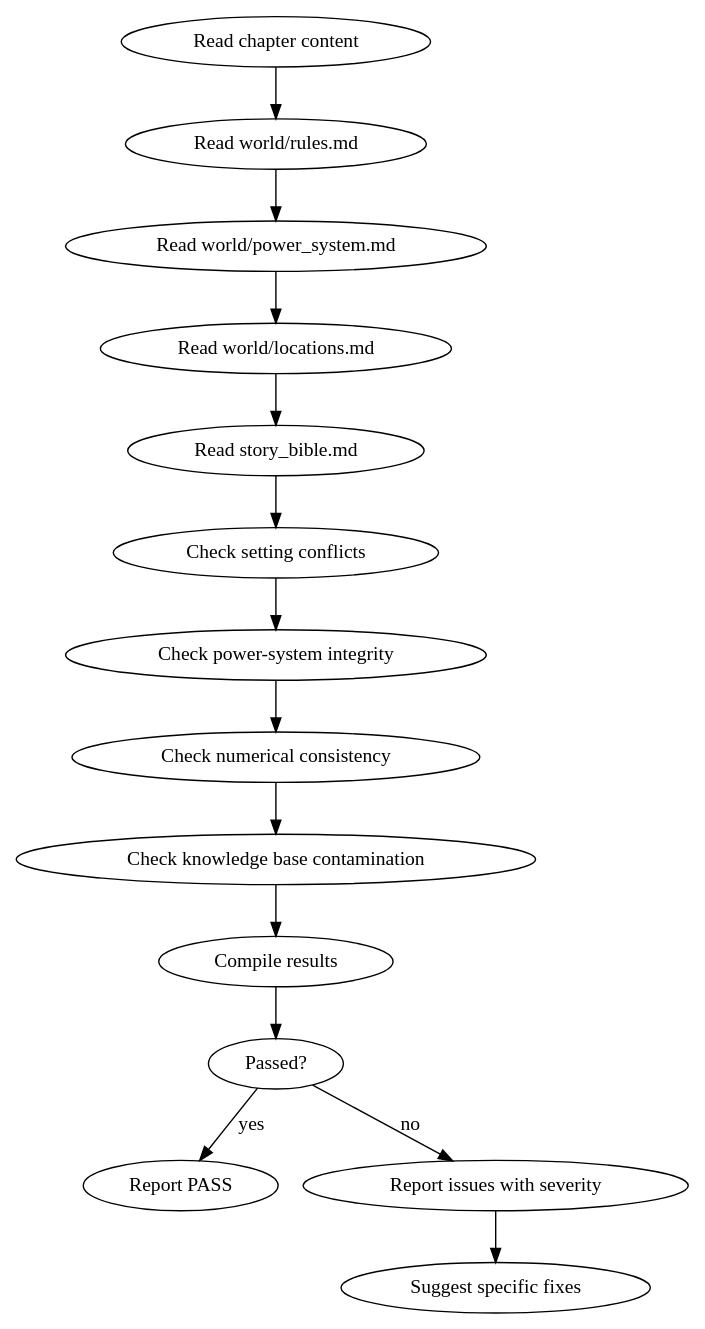
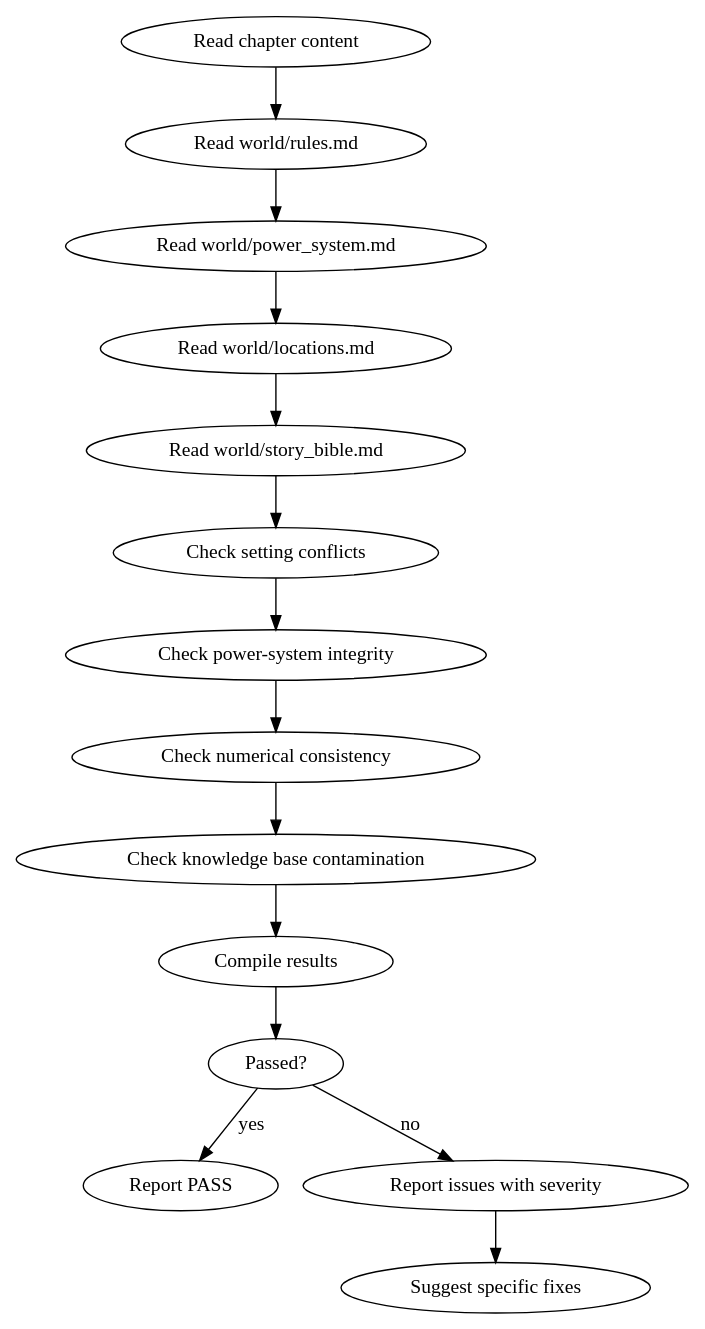
The diagram in skills/shenbi-review-world-rules/SKILL.md (ThomasChangX/shenbi), drawn with Graphviz before and after one commit. The commit also changed other lines of this file and 41 other files, not shown here.

````diff
--- a/skills/shenbi-review-world-rules/SKILL.md
+++ b/skills/shenbi-review-world-rules/SKILL.md
@@ -16,17 +16,17 @@
 ```dot
 digraph review_world_rules {
     "Read chapter content" -> "Read world/rules.md";
     "Read world/rules.md" -> "Read world/power_system.md";
     "Read world/power_system.md" -> "Read world/locations.md";
-    "Read world/locations.md" -> "Read story_bible.md";
-    "Read story_bible.md" -> "Check setting conflicts";
+    "Read world/locations.md" -> "Read world/story_bible.md";
+    "Read world/story_bible.md" -> "Check setting conflicts";
     "Check setting conflicts" -> "Check power-system integrity";
     "Check power-system integrity" -> "Check numerical consistency";
     "Check numerical consistency" -> "Check knowledge base contamination";
     "Check knowledge base contamination" -> "Compile results";
     "Compile results" -> "Passed?";
     "Passed?" -> "Report PASS" [label="yes"];
     "Passed?" -> "Report issues with severity" [label="no"];
     "Report issues with severity" -> "Suggest specific fixes";
 }
 ```
````
